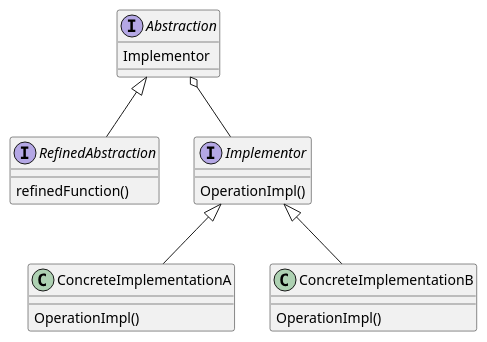
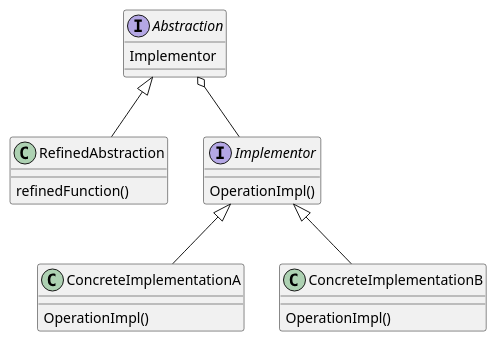
One commit to sirejik/software-design-patterns changed the diagram in structural_patterns/bridge.puml. Above: the diagram before and after it, drawn with PlantUML. The commit also changed 2 other files, not shown here.

```diff
--- a/structural_patterns/bridge.puml
+++ b/structural_patterns/bridge.puml
@@ -1,26 +1,26 @@
 @startuml
 
 interface Abstraction {
     Implementor
 }
 
-interface RefinedAbstraction {
+class RefinedAbstraction {
     refinedFunction()
 }
 Abstraction <|-- RefinedAbstraction
 
 interface Implementor {
     OperationImpl()
 }
 Abstraction o-- Implementor
 
 class ConcreteImplementationA {
     OperationImpl()
 }
 class ConcreteImplementationB {
     OperationImpl()
 }
 Implementor <|-- ConcreteImplementationA
 Implementor <|-- ConcreteImplementationB
 
 @enduml
```
